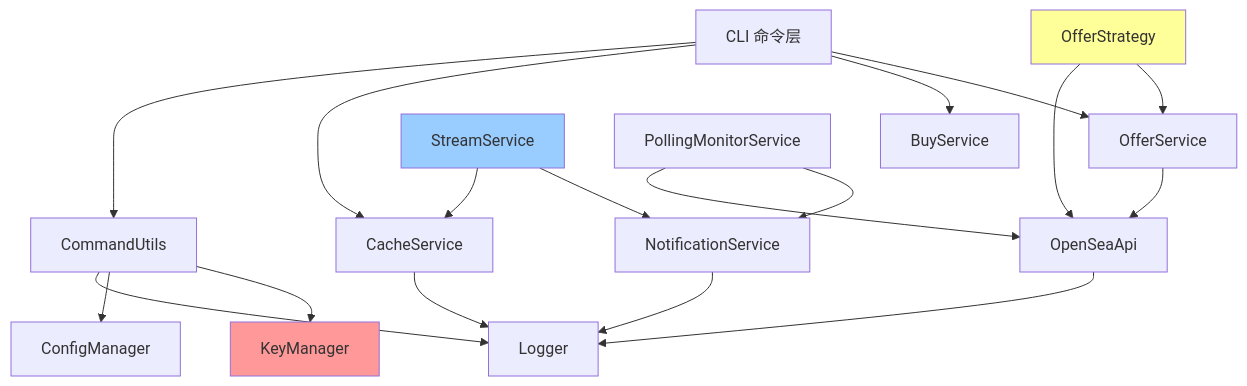
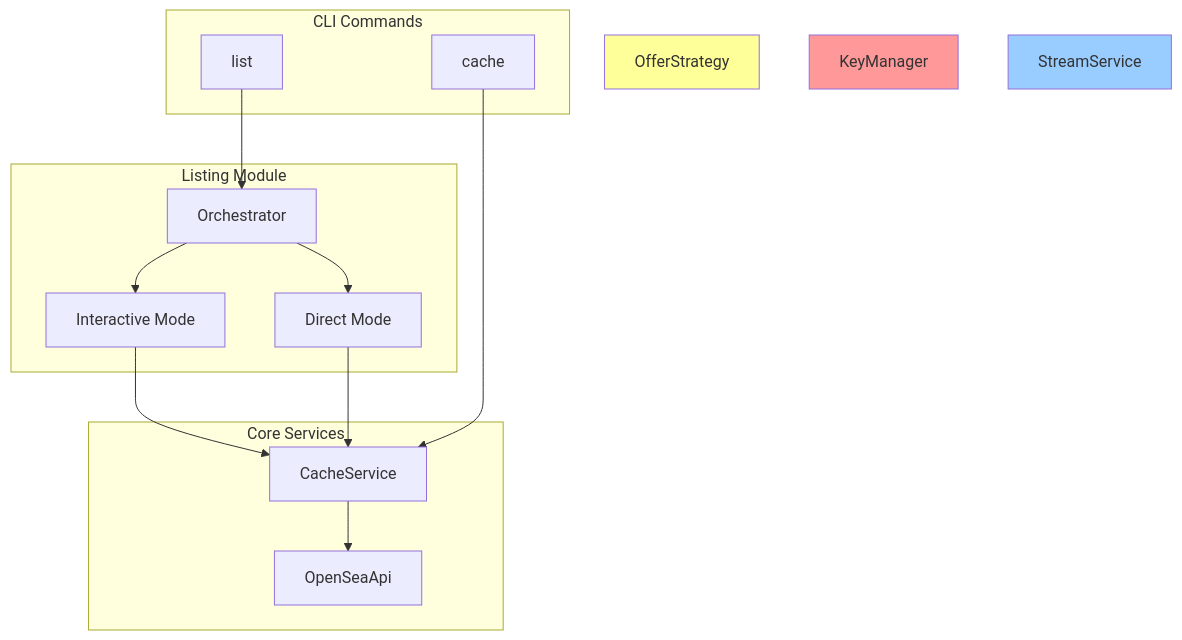
The diagram in docs/architecture/components.md (terryso/opensea-offer-maker), drawn with Mermaid before and after one commit. The commit also changed other lines of this file and 3 other files, not shown here.

````diff
--- a/docs/architecture/components.md
+++ b/docs/architecture/components.md
@@ -349,29 +381,32 @@
 ```mermaid
-graph TB
-    Commands[CLI 命令层] --> OfferService
-    Commands --> BuyService
-    Commands --> CacheService
+graph TD
+    subgraph "CLI Commands"
+        ListCmd[list]
+        CacheCmd[cache]
+    end
 
-    OfferService --> OpenSeaApi
-    OfferStrategy --> OfferService
-    OfferStrategy --> OpenSeaApi
+    subgraph "Listing Module"
+        ListingOrchestrator[Orchestrator]
+        InteractiveMode[Interactive Mode]
+        DirectMode[Direct Mode]
+    end
 
-    StreamService --> NotificationService
-    PollingMonitorService --> NotificationService
-    StreamService --> CacheService
-    PollingMonitorService --> OpenSeaApi
+    subgraph "Core Services"
+        CacheSvc[CacheService]
+        ApiSvc[OpenSeaApi]
+    end
 
-    OpenSeaApi --> Logger
-    CacheService --> Logger
-    NotificationService --> Logger
+    ListCmd --> ListingOrchestrator
+    ListingOrchestrator --> InteractiveMode
+    ListingOrchestrator --> DirectMode
+    
+    InteractiveMode --> CacheSvc
+    DirectMode --> CacheSvc
+    CacheCmd --> CacheSvc
 
-    Commands --> CommandUtils
-    CommandUtils --> KeyManager
-    CommandUtils --> ConfigManager
-
-    CommandUtils --> Logger
+    CacheSvc --> ApiSvc
 
     style OfferStrategy fill:#ff9
     style KeyManager fill:#f99
     style StreamService fill:#9cf
 ```
````
